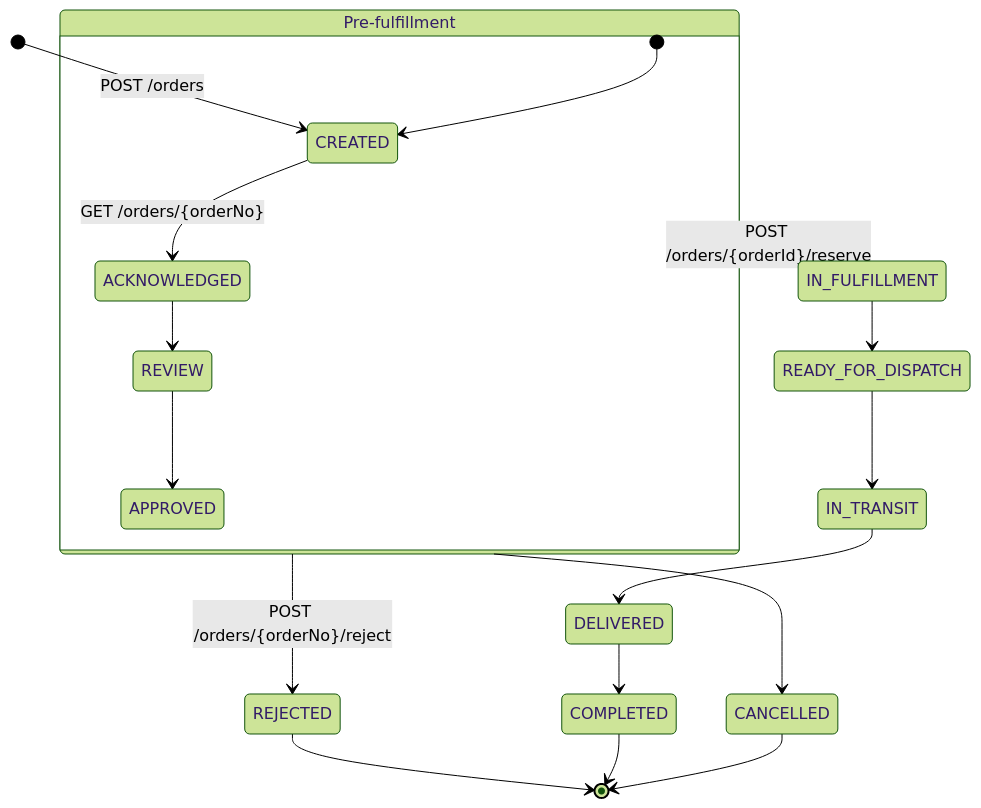
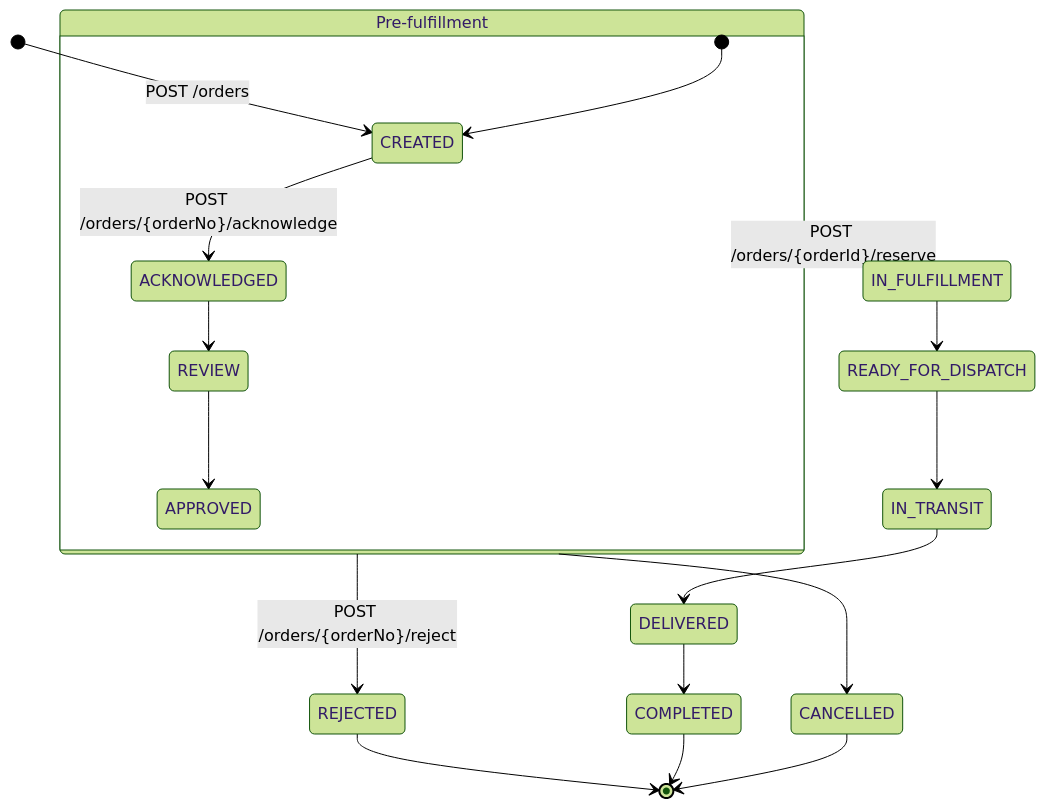
One commit to waldifubu/scm-temporal changed the first of 4 diagrams in README.md. Above: the diagram before and after it, drawn with Mermaid (forest theme). The commit also changed other lines of this file and 33 other files, not shown here.

````diff
--- a/README.md
+++ b/README.md
@@ -32,25 +32,25 @@
 ```mermaid
 stateDiagram-v2
     [*] --> CREATED : POST /orders
 
     state "Pre-fulfillment" as pre {
         [*] --> CREATED
-        CREATED --> ACKNOWLEDGED : GET /orders/{orderNo}
+        CREATED --> ACKNOWLEDGED : POST /orders/{orderNo}/acknowledge
         ACKNOWLEDGED --> REVIEW
         REVIEW --> APPROVED
     }
 
     pre --> REJECTED : POST /orders/{orderNo}/reject
     pre --> IN_FULFILLMENT : POST /orders/{orderId}/reserve
 
     IN_FULFILLMENT --> READY_FOR_DISPATCH
     READY_FOR_DISPATCH --> IN_TRANSIT
     IN_TRANSIT --> DELIVERED
     DELIVERED --> COMPLETED
 
     pre --> CANCELLED
 
     REJECTED --> [*]
     COMPLETED --> [*]
     CANCELLED --> [*]
 ```
````
